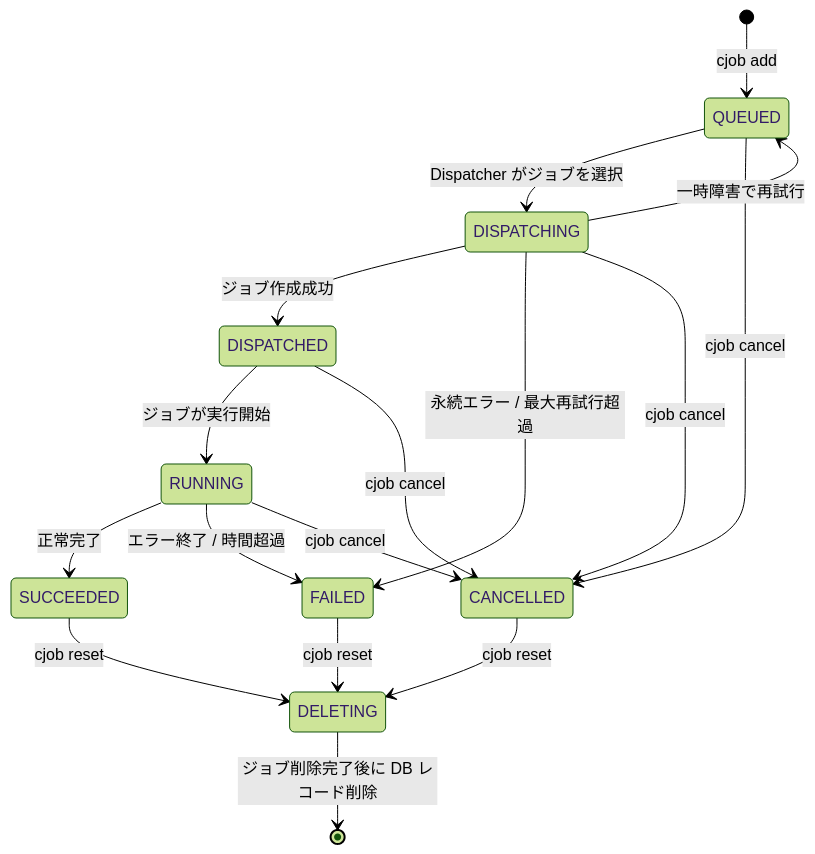
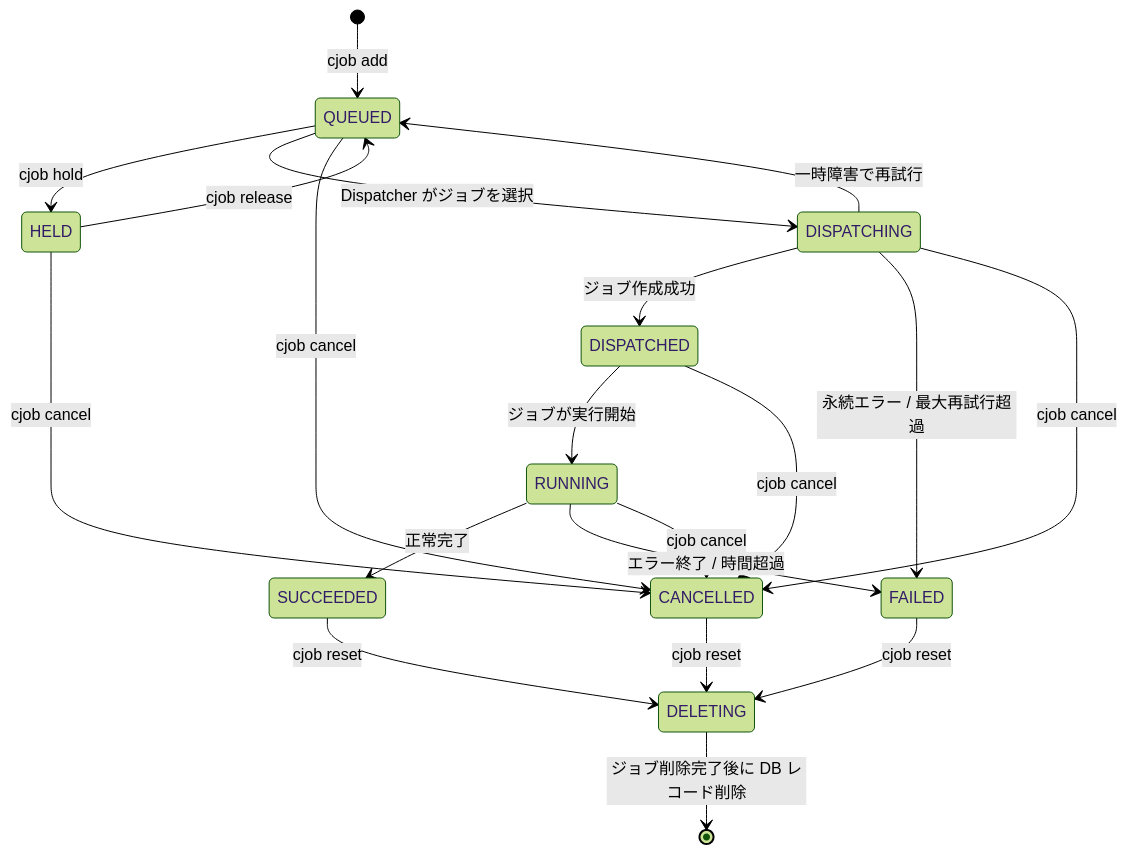
One commit to Shu-Tanaka-Group/research-cluster-job-system changed the diagram in README.md. Above: the diagram before and after it, drawn with Mermaid (forest theme). The commit also changed other lines of this file, not shown here.

First line of the commit message:
Update README with hold/release examples and HELD state (#86)

````diff
--- a/README.md
+++ b/README.md
@@ -258,25 +274,29 @@
 ```mermaid
 stateDiagram-v2
     [*] --> QUEUED : cjob add
 
+    QUEUED --> HELD : cjob hold
     QUEUED --> DISPATCHING : Dispatcher がジョブを選択
     QUEUED --> CANCELLED : cjob cancel
+
+    HELD --> QUEUED : cjob release
+    HELD --> CANCELLED : cjob cancel
 
     DISPATCHING --> DISPATCHED : ジョブ作成成功
     DISPATCHING --> QUEUED : 一時障害で再試行
     DISPATCHING --> FAILED : 永続エラー / 最大再試行超過
     DISPATCHING --> CANCELLED : cjob cancel
 
     DISPATCHED --> RUNNING : ジョブが実行開始
     DISPATCHED --> CANCELLED : cjob cancel
 
     RUNNING --> SUCCEEDED : 正常完了
     RUNNING --> FAILED : エラー終了 / 時間超過
     RUNNING --> CANCELLED : cjob cancel
 
     SUCCEEDED --> DELETING : cjob reset
     FAILED --> DELETING : cjob reset
     CANCELLED --> DELETING : cjob reset
 
     DELETING --> [*] : ジョブ削除完了後に DB レコード削除
 ```
````
